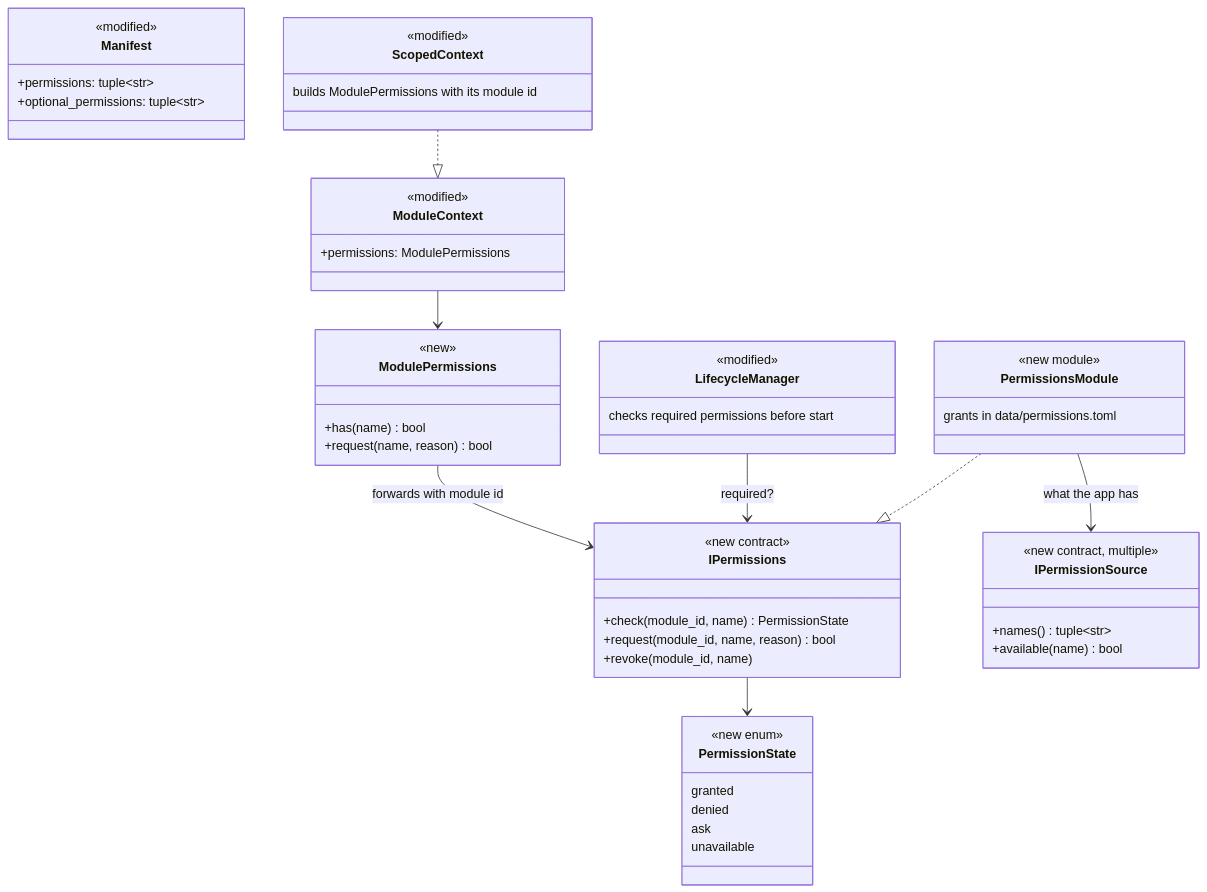
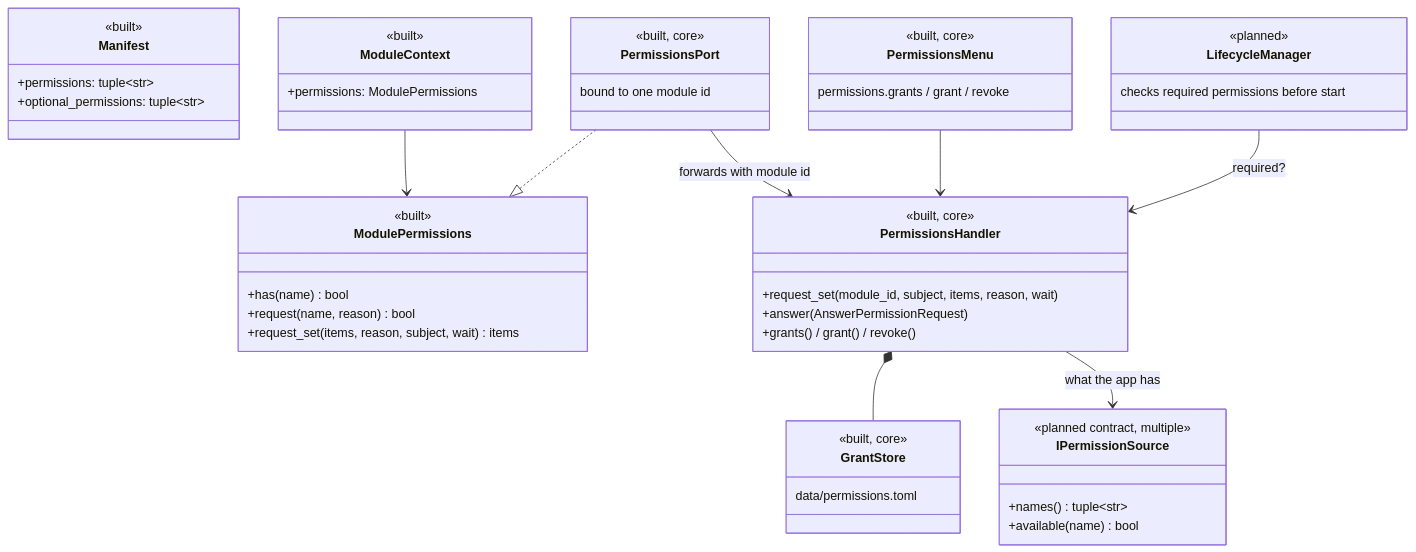
The second of 4 diagrams in docs/architecture/permissions.md (sharramon/AI_Assistant), drawn with Mermaid before and after one commit. The commit also changed other lines of this file and 321 other files, not shown here.

````diff
--- a/docs/architecture/permissions.md
+++ b/docs/architecture/permissions.md
@@ -62,54 +157,52 @@
 ```mermaid
 classDiagram
     class Manifest {
-        <<modified>>
+        <<built>>
         +permissions: tuple~str~
         +optional_permissions: tuple~str~
     }
     class ModuleContext {
-        <<modified>>
+        <<built>>
         +permissions: ModulePermissions
     }
     class ModulePermissions {
-        <<new>>
+        <<built>>
         +has(name) bool
         +request(name, reason) bool
+        +request_set(items, reason, subject, wait) items
     }
-    class ScopedContext {
-        <<modified>>
-        builds ModulePermissions with its module id
+    class PermissionsPort {
+        <<built, core>>
+        bound to one module id
+    }
+    class PermissionsHandler {
+        <<built, core>>
+        +request_set(module_id, subject, items, reason, wait)
+        +answer(AnswerPermissionRequest)
+        +grants() / grant() / revoke()
+    }
+    class GrantStore {
+        <<built, core>>
+        data/permissions.toml
+    }
+    class PermissionsMenu {
+        <<built, core>>
+        permissions.grants / grant / revoke
     }
     class LifecycleManager {
-        <<modified>>
+        <<planned>>
         checks required permissions before start
     }
-    class IPermissions {
-        <<new contract>>
-        +check(module_id, name) PermissionState
-        +request(module_id, name, reason) bool
-        +revoke(module_id, name)
-    }
     class IPermissionSource {
-        <<new contract, multiple>>
+        <<planned contract, multiple>>
         +names() tuple~str~
         +available(name) bool
     }
-    class PermissionsModule {
-        <<new module>>
-        grants in data/permissions.toml
-    }
-    class PermissionState {
-        <<new enum>>
-        granted
-        denied
-        ask
-        unavailable
-    }
     ModuleContext --> ModulePermissions
-    ScopedContext ..|> ModuleContext
-    ModulePermissions --> IPermissions : forwards with module id
-    LifecycleManager --> IPermissions : required?
-    PermissionsModule ..|> IPermissions
-    PermissionsModule --> IPermissionSource : what the app has
-    IPermissions --> PermissionState
+    PermissionsPort ..|> ModulePermissions
+    PermissionsPort --> PermissionsHandler : forwards with module id
+    PermissionsHandler *-- GrantStore
+    PermissionsMenu --> PermissionsHandler
+    LifecycleManager --> PermissionsHandler : required?
+    PermissionsHandler --> IPermissionSource : what the app has
 ```
````
